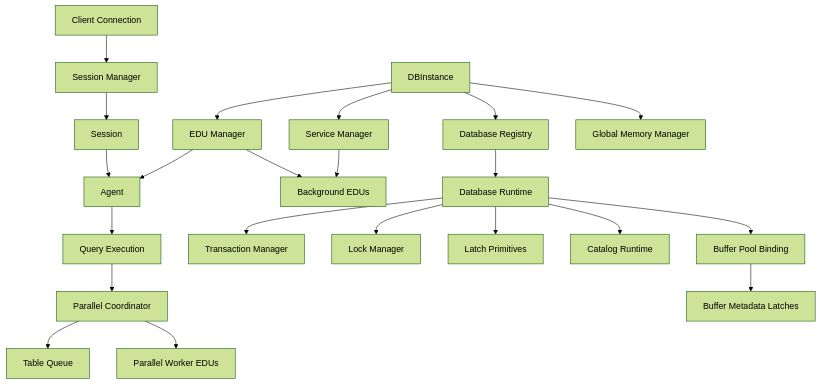
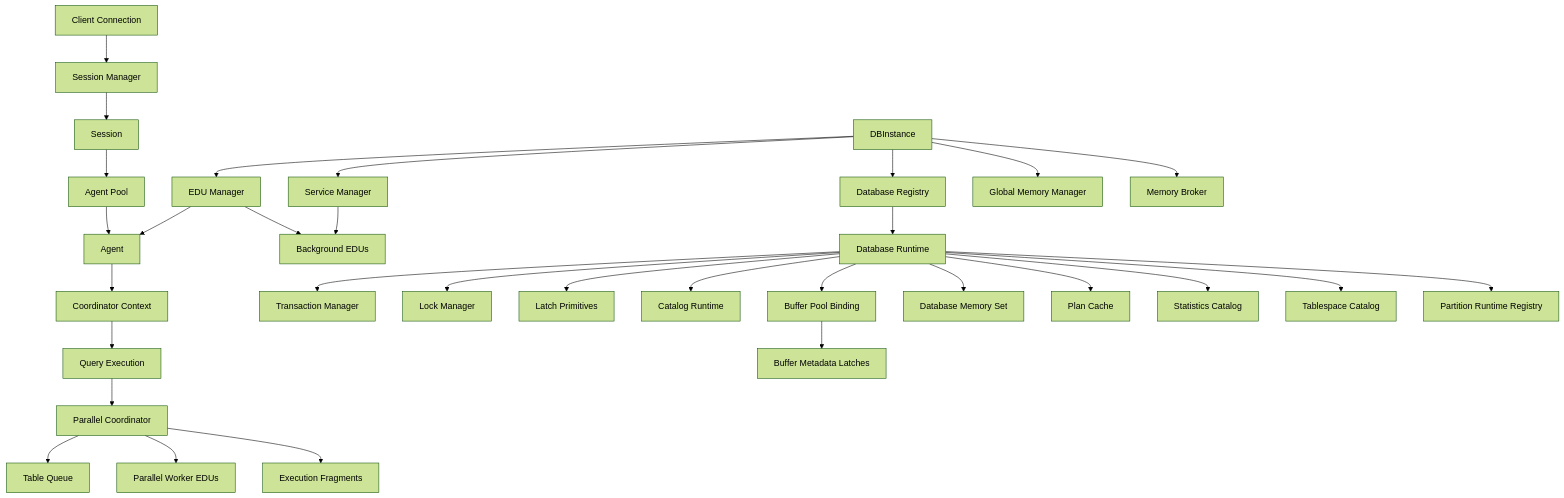
Before and after one commit to dizzygz/NorthDB: the diagram in .monkeycode/specs/2026-05-24-day1-runtime-foundation/design.md, drawn with Mermaid (forest theme). The commit also changed other lines of this file and 7 other files, not shown here.

````diff
--- a/.monkeycode/specs/2026-05-24-day1-runtime-foundation/design.md
+++ b/.monkeycode/specs/2026-05-24-day1-runtime-foundation/design.md
@@ -24,24 +29,33 @@
 ```mermaid
 graph TD
     A["Client Connection"] --> B["Session Manager"]
     B --> C["Session"]
-    C --> D["Agent"]
-    D --> E["Query Execution"]
+    C --> AA["Agent Pool"]
+    AA --> D["Agent"]
+    D --> AB["Coordinator Context"]
+    AB --> E["Query Execution"]
     F["DBInstance"] --> G["EDU Manager"]
     F --> H["Service Manager"]
     F --> I["Database Registry"]
     F --> J["Global Memory Manager"]
+    F --> V["Memory Broker"]
     I --> K["Database Runtime"]
     K --> L["Transaction Manager"]
     K --> M["Lock Manager"]
     K --> Q["Latch Primitives"]
     K --> N["Catalog Runtime"]
     K --> O["Buffer Pool Binding"]
+    K --> W["Database Memory Set"]
+    K --> X["Plan Cache"]
+    K --> Y["Statistics Catalog"]
+    K --> Z["Tablespace Catalog"]
+    K --> AC["Partition Runtime Registry"]
     E --> R["Parallel Coordinator"]
     R --> S["Table Queue"]
     R --> T["Parallel Worker EDUs"]
+    R --> AD["Execution Fragments"]
     O --> U["Buffer Metadata Latches"]
     H --> P["Background EDUs"]
     G --> D
     G --> P
 ```
````
